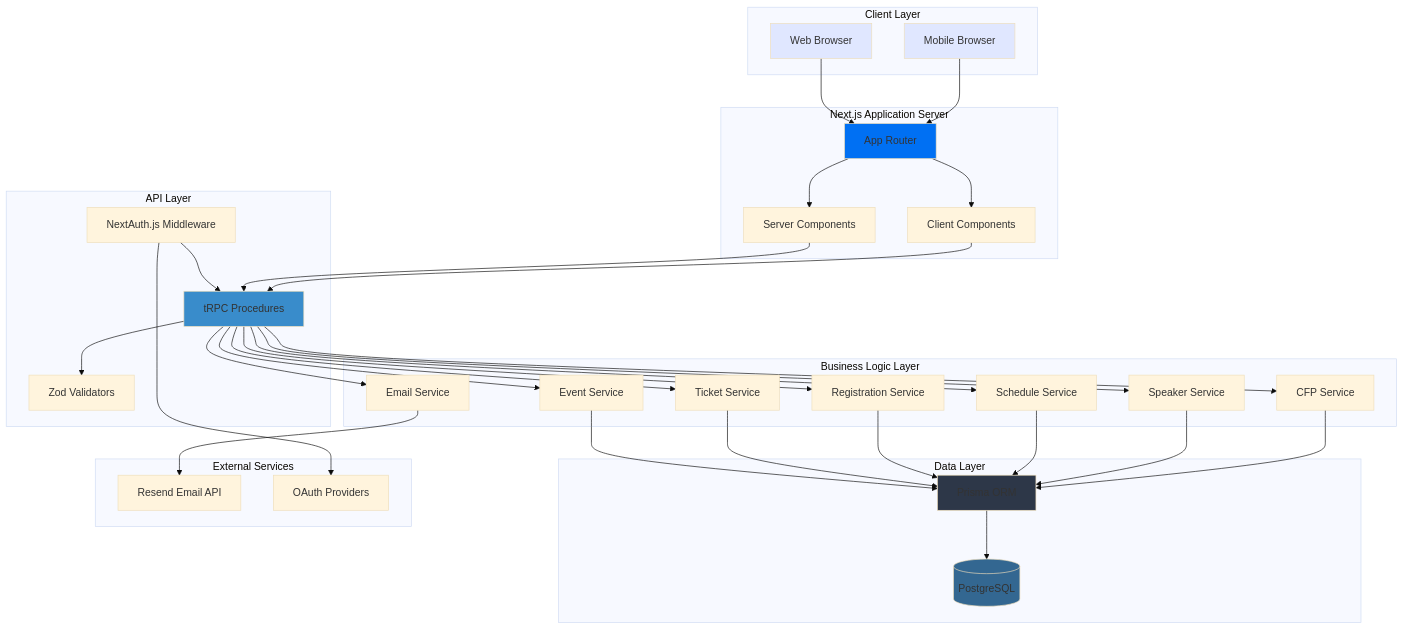
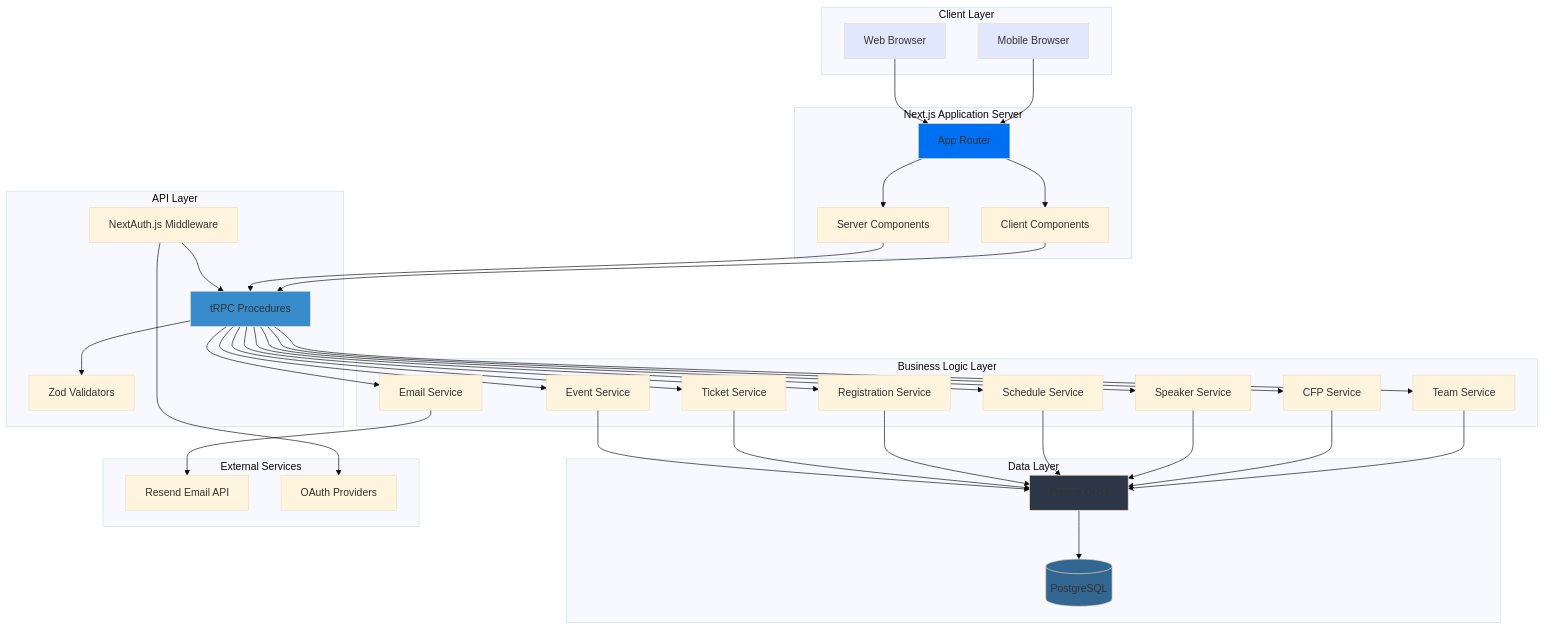
One commit to babblebey/events-ting changed the first of 7 diagrams in docs/architecture/system-overview.md. Above: the diagram before and after it, drawn with Mermaid (base theme). The commit also changed other lines of this file and 84 other files, not shown here.

````diff
--- a/docs/architecture/system-overview.md
+++ b/docs/architecture/system-overview.md
@@ -18,77 +19,80 @@
 ```mermaid
 graph TB
     subgraph "Client Layer"
         Browser[Web Browser]
         Mobile[Mobile Browser]
     end
     
     subgraph "Next.js Application Server"
         AppRouter[App Router]
         ServerComponents[Server Components]
         ClientComponents[Client Components]
         
         AppRouter --> ServerComponents
         AppRouter --> ClientComponents
     end
     
     subgraph "API Layer"
         tRPC[tRPC Procedures]
         Auth[NextAuth.js Middleware]
         Validation[Zod Validators]
         
         Auth --> tRPC
         tRPC --> Validation
     end
     
     subgraph "Business Logic Layer"
         EventService[Event Service]
         TicketService[Ticket Service]
         RegService[Registration Service]
         EmailService[Email Service]
         ScheduleService[Schedule Service]
         SpeakerService[Speaker Service]
         CFPService[CFP Service]
+        TeamService[Team Service]
     end
     
     subgraph "Data Layer"
         Prisma[Prisma ORM]
         DB[(PostgreSQL)]
         
         Prisma --> DB
     end
     
     subgraph "External Services"
         Resend[Resend Email API]
         OAuth[OAuth Providers]
     end
     
     Browser --> AppRouter
     Mobile --> AppRouter
     ServerComponents --> tRPC
     ClientComponents --> tRPC
     
     tRPC --> EventService
     tRPC --> TicketService
     tRPC --> RegService
     tRPC --> EmailService
     tRPC --> ScheduleService
     tRPC --> SpeakerService
     tRPC --> CFPService
+    tRPC --> TeamService
     
     EventService --> Prisma
     TicketService --> Prisma
     RegService --> Prisma
     ScheduleService --> Prisma
     SpeakerService --> Prisma
     CFPService --> Prisma
+    TeamService --> Prisma
     
     EmailService --> Resend
     Auth --> OAuth
     
     style Browser fill:#e0e7ff
     style Mobile fill:#e0e7ff
     style AppRouter fill:#0070f3
     style tRPC fill:#398ccb
     style Prisma fill:#2d3748
     style DB fill:#336791
 ```
````
